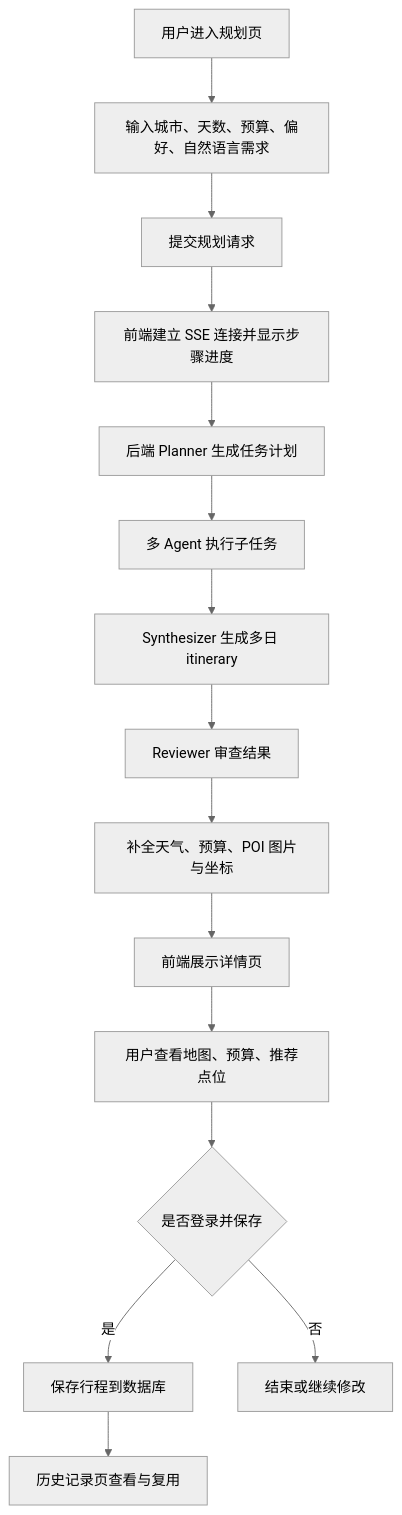
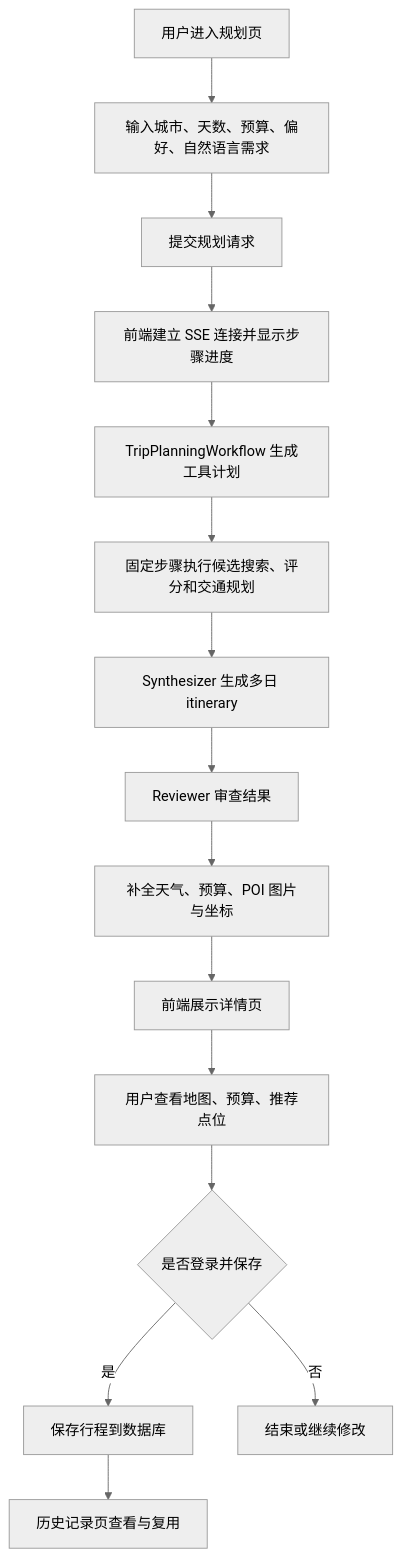
One commit to xg-debug/ai-travel-planner changed the first of 8 diagrams in doc/product-requirements-and-architecture.md. Above: the diagram before and after it, drawn with Mermaid (neutral theme). The commit also changed other lines of this file and 151 other files, not shown here.

````diff
--- a/doc/product-requirements-and-architecture.md
+++ b/doc/product-requirements-and-architecture.md
@@ -134,17 +134,17 @@
 ```mermaid
 flowchart TD
     A["用户进入规划页"] --> B["输入城市、天数、预算、偏好、自然语言需求"]
     B --> C["提交规划请求"]
     C --> D["前端建立 SSE 连接并显示步骤进度"]
-    D --> E["后端 Planner 生成任务计划"]
-    E --> F["多 Agent 执行子任务"]
+    D --> E["TripPlanningWorkflow 生成工具计划"]
+    E --> F["固定步骤执行候选搜索、评分和交通规划"]
     F --> G["Synthesizer 生成多日 itinerary"]
     G --> H["Reviewer 审查结果"]
     H --> I["补全天气、预算、POI 图片与坐标"]
     I --> J["前端展示详情页"]
     J --> K["用户查看地图、预算、推荐点位"]
     K --> L{"是否登录并保存"}
     L -- "是" --> M["保存行程到数据库"]
     L -- "否" --> N["结束或继续修改"]
     M --> O["历史记录页查看与复用"]
 ```
````
